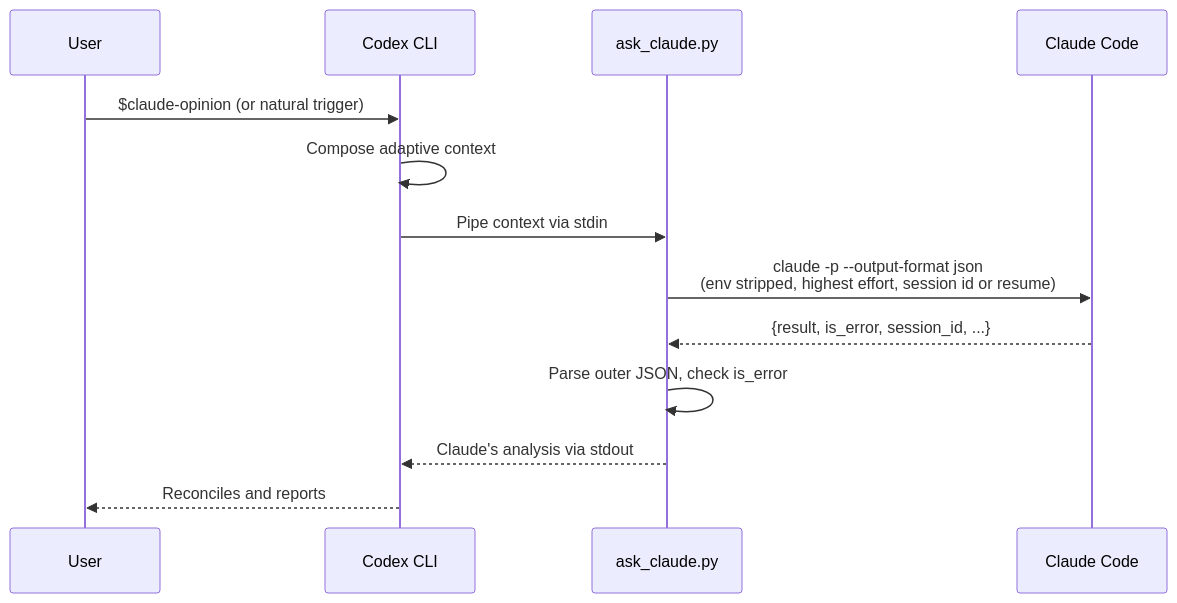
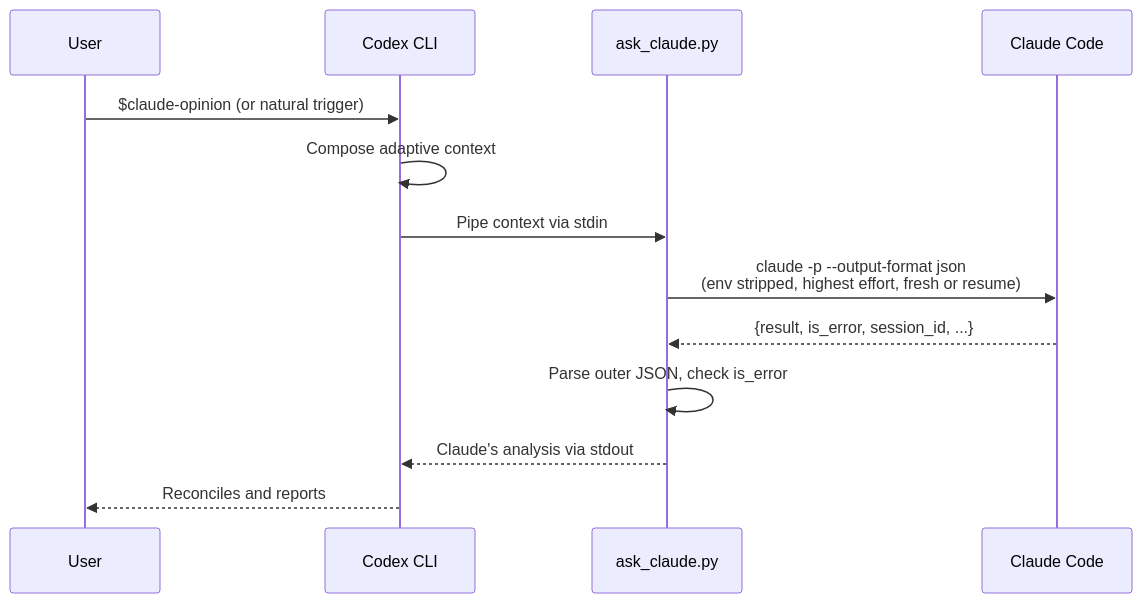
The diagram in README.md (ehzawad/claude-opinion), drawn with Mermaid before and after one commit. The commit also changed other lines of this file and 3 other files, not shown here.

Commit message:
Fix fresh claude-opinion session handling

````diff
--- a/README.md
+++ b/README.md
@@ -65,16 +65,16 @@
 ```mermaid
 sequenceDiagram
     participant U as User
     participant C as Codex CLI
     participant S as ask_claude.py
     participant X as Claude Code
 
     U->>C: $claude-opinion (or natural trigger)
     C->>C: Compose adaptive context
     C->>S: Pipe context via stdin
-    S->>X: claude -p --output-format json<br/>(env stripped, highest effort, session id or resume)
+    S->>X: claude -p --output-format json<br/>(env stripped, highest effort, fresh or resume)
     X-->>S: {result, is_error, session_id, ...}
     S->>S: Parse outer JSON, check is_error
     S-->>C: Claude's analysis via stdout
     C-->>U: Reconciles and reports
 ```
````
